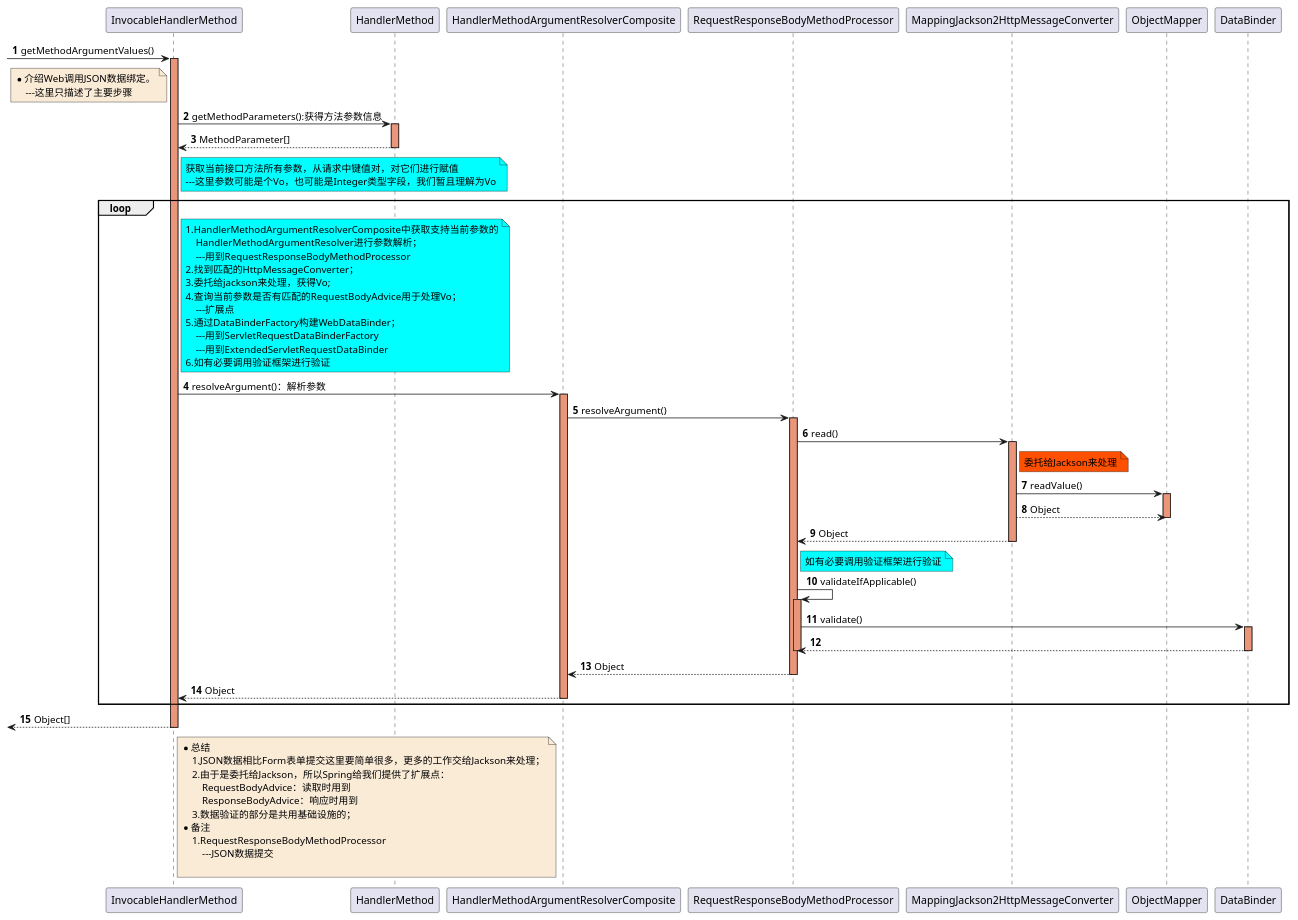
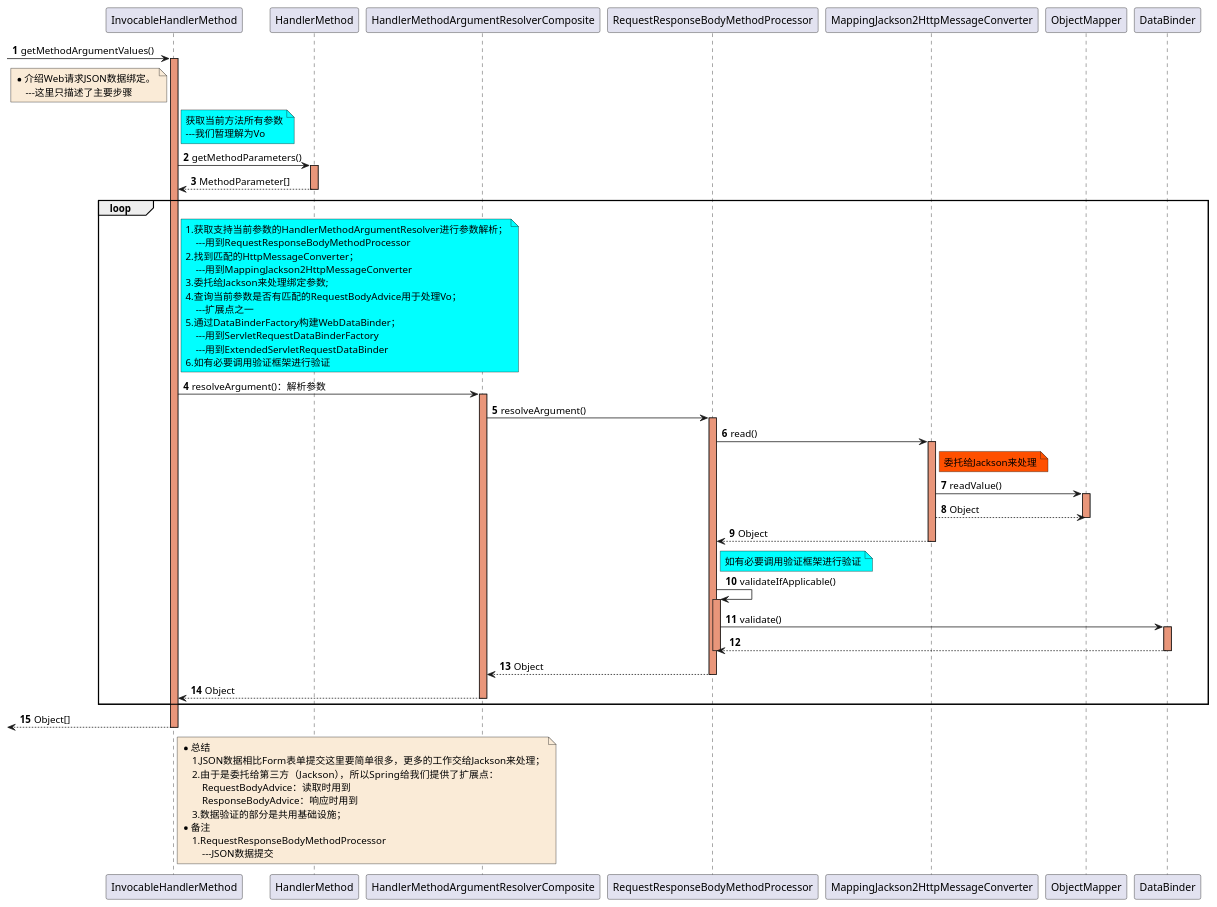
The diagram in document/spring/mvc/sequence/MVC-Invoke-3-DataBinder-JSON-InvocableHandlerMethod_getMethodArgumentValues-sequence.puml (czwer/learn-spring-code), drawn with PlantUML before and after one commit. The commit also changed 33 other files, not shown here.

Commit message:
MVC相关时序图，类图修改

```diff
--- a/document/spring/mvc/sequence/MVC-Invoke-3-DataBinder-JSON-InvocableHandlerMethod_getMethodArgumentValues-sequence.puml
+++ b/document/spring/mvc/sequence/MVC-Invoke-3-DataBinder-JSON-InvocableHandlerMethod_getMethodArgumentValues-sequence.puml
@@ -1,96 +1,96 @@
 @startuml
 autonumber
 
 -> InvocableHandlerMethod: getMethodArgumentValues()
 activate InvocableHandlerMethod #DarkSalmon
 
     note left of InvocableHandlerMethod #FAEBD7
-        *介绍Web调用JSON数据绑定。
+        *介绍Web请求JSON数据绑定。
             ---这里只描述了主要步骤
     end note
 
-    InvocableHandlerMethod -> HandlerMethod : getMethodParameters():获得方法参数信息
+    note right of InvocableHandlerMethod #aqua
+        获取当前方法所有参数
+        ---我们暂理解为Vo
+    end note
+    InvocableHandlerMethod -> HandlerMethod : getMethodParameters()
     activate HandlerMethod #DarkSalmon
     HandlerMethod --> InvocableHandlerMethod : MethodParameter[]
     deactivate HandlerMethod
-    note right of InvocableHandlerMethod #aqua
-        获取当前接口方法所有参数，从请求中键值对，对它们进行赋值
-        ---这里参数可能是个Vo，也可能是Integer类型字段，我们暂且理解为Vo
-    end note
+
     loop
         note right of InvocableHandlerMethod #aqua
-            1.HandlerMethodArgumentResolverComposite中获取支持当前参数的
-                HandlerMethodArgumentResolver进行参数解析；
+            1.获取支持当前参数的HandlerMethodArgumentResolver进行参数解析；
                 ---用到RequestResponseBodyMethodProcessor
             2.找到匹配的HttpMessageConverter；
-            3.委托给jackson来处理，获得Vo;
+                ---用到MappingJackson2HttpMessageConverter
+            3.委托给Jackson来处理绑定参数;
             4.查询当前参数是否有匹配的RequestBodyAdvice用于处理Vo；
-                ---扩展点
+                ---扩展点之一
             5.通过DataBinderFactory构建WebDataBinder；
                 ---用到ServletRequestDataBinderFactory
                 ---用到ExtendedServletRequestDataBinder
             6.如有必要调用验证框架进行验证
         end note
 
 
         InvocableHandlerMethod -> HandlerMethodArgumentResolverComposite: resolveArgument()：解析参数
         activate HandlerMethodArgumentResolverComposite #DarkSalmon
 
             HandlerMethodArgumentResolverComposite -> RequestResponseBodyMethodProcessor: resolveArgument()
             activate RequestResponseBodyMethodProcessor #DarkSalmon
 
                 RequestResponseBodyMethodProcessor -> MappingJackson2HttpMessageConverter :read()
                 activate MappingJackson2HttpMessageConverter #DarkSalmon
 
                     note right of MappingJackson2HttpMessageConverter #FF5000
                        委托给Jackson来处理
                     end note
 
                     MappingJackson2HttpMessageConverter -> ObjectMapper :readValue()
                     activate ObjectMapper #DarkSalmon
                     MappingJackson2HttpMessageConverter --> ObjectMapper : Object
                     deactivate ObjectMapper
 
                 MappingJackson2HttpMessageConverter --> RequestResponseBodyMethodProcessor : Object
                 deactivate MappingJackson2HttpMessageConverter
 
                 note right of RequestResponseBodyMethodProcessor #aqua
                    如有必要调用验证框架进行验证
                 end note
                 RequestResponseBodyMethodProcessor -> RequestResponseBodyMethodProcessor : validateIfApplicable()
                 activate RequestResponseBodyMethodProcessor #DarkSalmon
 
                     RequestResponseBodyMethodProcessor -> DataBinder :validate()
                     activate DataBinder #DarkSalmon
                     DataBinder --> RequestResponseBodyMethodProcessor
                     deactivate DataBinder
 
                 deactivate RequestResponseBodyMethodProcessor
 
             RequestResponseBodyMethodProcessor --> HandlerMethodArgumentResolverComposite : Object
             deactivate RequestResponseBodyMethodProcessor
 
         HandlerMethodArgumentResolverComposite --> InvocableHandlerMethod : Object
         deactivate HandlerMethodArgumentResolverComposite
 
 
     end
 
    
 <-- InvocableHandlerMethod : Object[]
 deactivate InvocableHandlerMethod
 
 note right of InvocableHandlerMethod #FAEBD7
     *总结
         1.JSON数据相比Form表单提交这里要简单很多，更多的工作交给Jackson来处理；
-        2.由于是委托给Jackson，所以Spring给我们提供了扩展点：
+        2.由于是委托给第三方（Jackson），所以Spring给我们提供了扩展点：
             RequestBodyAdvice：读取时用到
             ResponseBodyAdvice：响应时用到
-        3.数据验证的部分是共用基础设施的；
+        3.数据验证的部分是共用基础设施；
     *备注
         1.RequestResponseBodyMethodProcessor
             ---JSON数据提交
-
 end note
 
 @enduml
```
